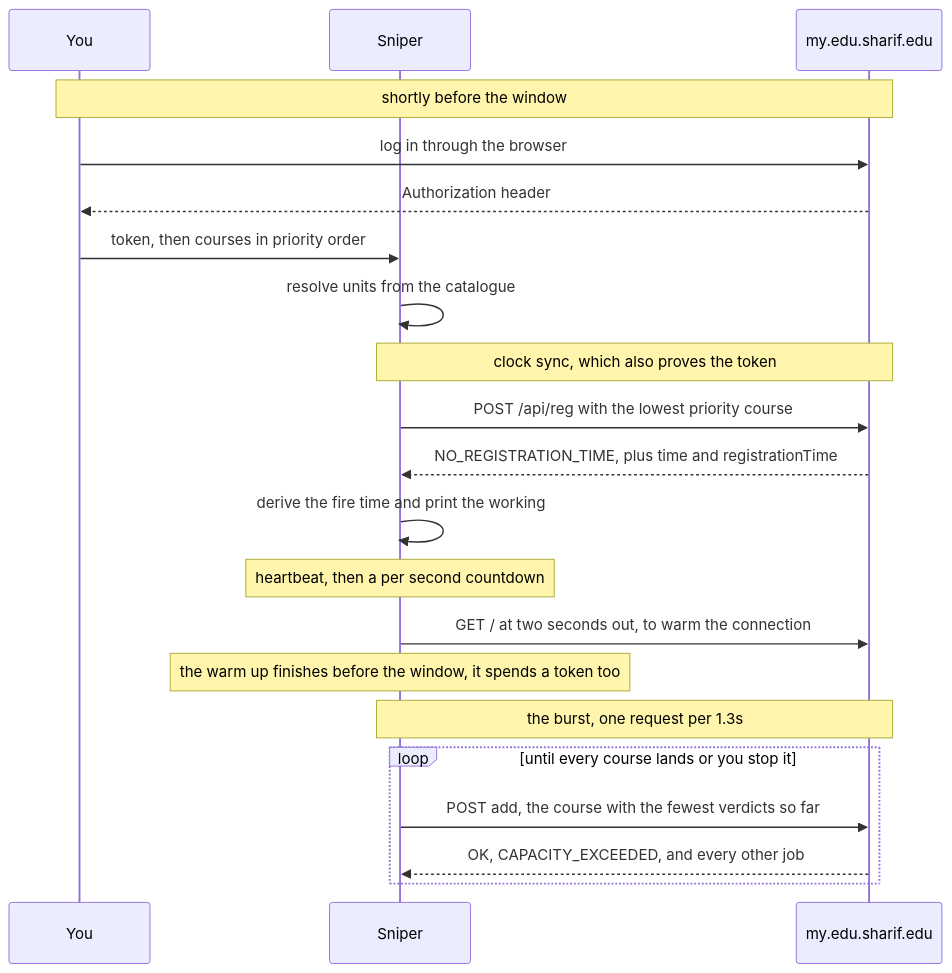
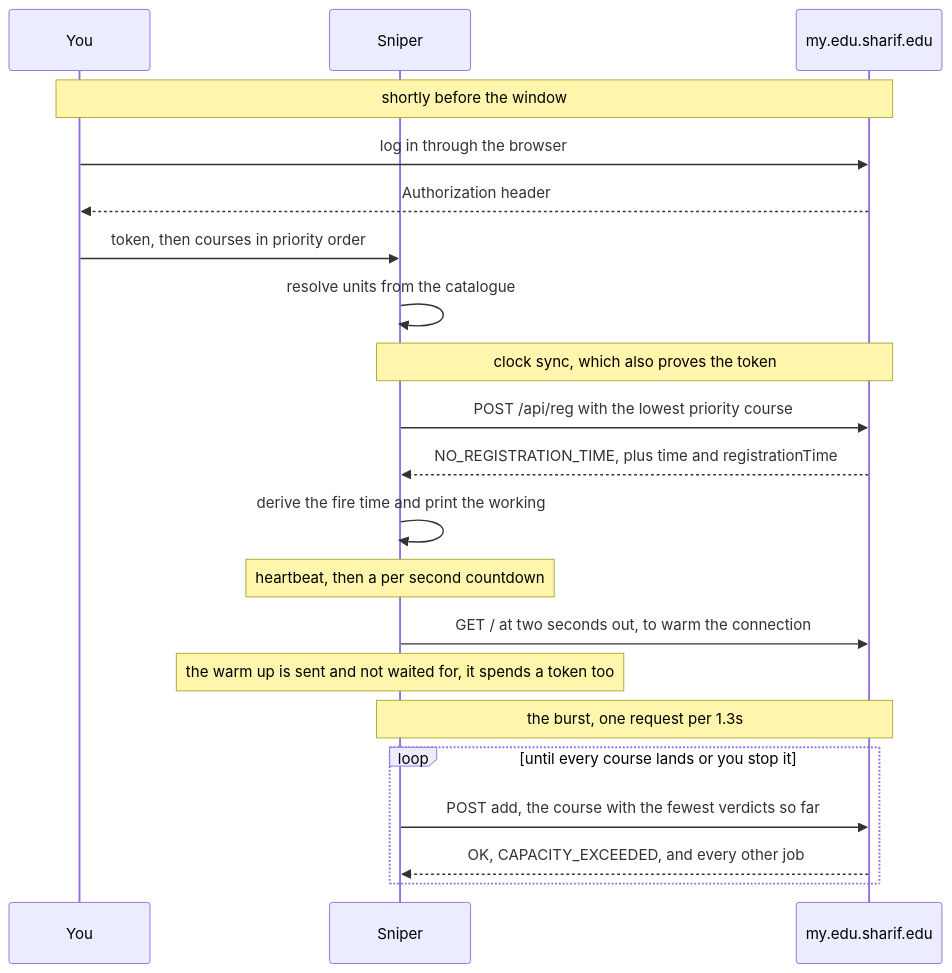
The second of 3 diagrams in README.md (erfnzdeh/my.edu.sharif.edu-sniper), drawn with Mermaid before and after one commit. The commit also changed other lines of this file and 3 other files, not shown here.

````diff
--- a/README.md
+++ b/README.md
@@ -108,27 +108,27 @@
 ```mermaid
 sequenceDiagram
     participant U as You
     participant C as Sniper
     participant S as my.edu.sharif.edu
 
     Note over U,S: shortly before the window
     U->>S: log in through the browser
     S-->>U: Authorization header
     U->>C: token, then courses in priority order
     C->>C: resolve units from the catalogue
 
     Note over C,S: clock sync, which also proves the token
     C->>S: POST /api/reg with the lowest priority course
     S-->>C: NO_REGISTRATION_TIME, plus time and registrationTime
     C->>C: derive the fire time and print the working
 
     Note over C: heartbeat, then a per second countdown
     C->>S: GET / at two seconds out, to warm the connection
-    Note over C: the warm up finishes before the window, it spends a token too
+    Note over C: the warm up is sent and not waited for, it spends a token too
 
     Note over C,S: the burst, one request per 1.3s
     loop until every course lands or you stop it
         C->>S: POST add, the course with the fewest verdicts so far
         S-->>C: OK, CAPACITY_EXCEEDED, and every other job
     end
 ```
````
